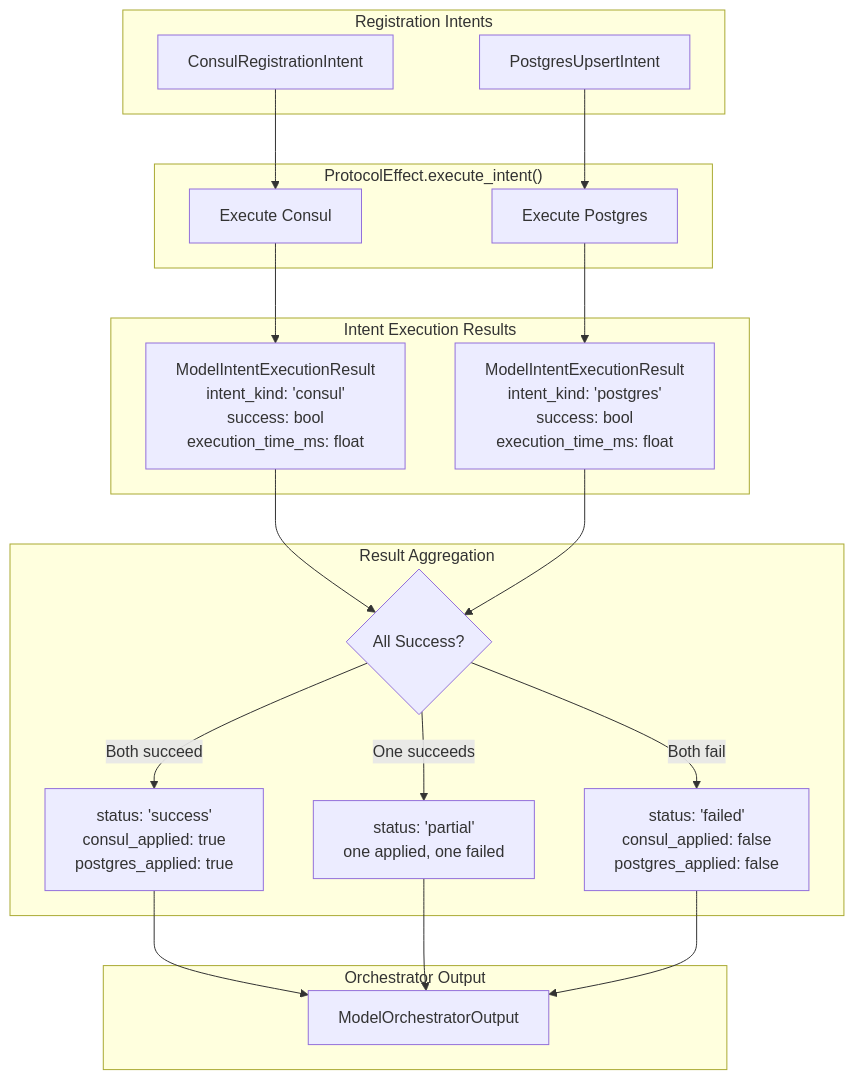
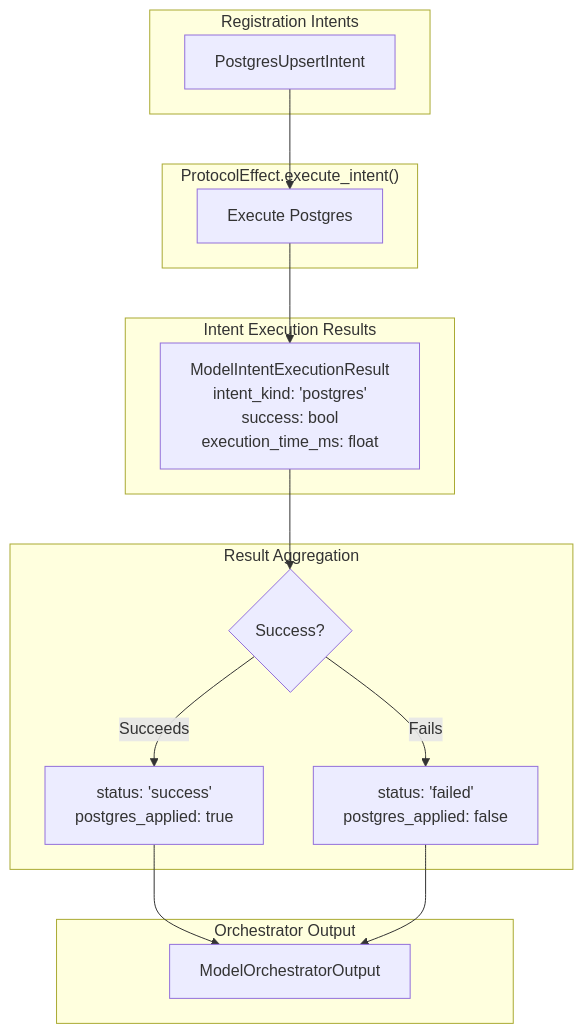
Before and after one commit to OmniNode-ai/omnibase_infra: the fifth of 7 diagrams in src/omnibase_infra/nodes/node_registration_orchestrator/README.md, drawn with Mermaid. The commit also changed other lines of this file and 7 other files, not shown here.

````diff
--- a/src/omnibase_infra/nodes/node_registration_orchestrator/README.md
+++ b/src/omnibase_infra/nodes/node_registration_orchestrator/README.md
@@ -197,43 +186,34 @@
 ```mermaid
 flowchart TB
     subgraph Intents["Registration Intents"]
-        CI[ConsulRegistrationIntent]
         PI[PostgresUpsertIntent]
     end
 
     subgraph Effect["ProtocolEffect.execute_intent()"]
-        CE[Execute Consul]
         PE[Execute Postgres]
     end
 
     subgraph Results["Intent Execution Results"]
-        CR["ModelIntentExecutionResult<br/>intent_kind: 'consul'<br/>success: bool<br/>execution_time_ms: float"]
         PR["ModelIntentExecutionResult<br/>intent_kind: 'postgres'<br/>success: bool<br/>execution_time_ms: float"]
     end
 
     subgraph Aggregation["Result Aggregation"]
-        AGG{All Success?}
-        SUCCESS["status: 'success'<br/>consul_applied: true<br/>postgres_applied: true"]
-        PARTIAL["status: 'partial'<br/>one applied, one failed"]
-        FAILED["status: 'failed'<br/>consul_applied: false<br/>postgres_applied: false"]
+        AGG{Success?}
+        SUCCESS["status: 'success'<br/>postgres_applied: true"]
+        FAILED["status: 'failed'<br/>postgres_applied: false"]
     end
 
     subgraph Output["Orchestrator Output"]
         OUT[ModelOrchestratorOutput]
     end
 
-    CI --> CE
     PI --> PE
-    CE --> CR
     PE --> PR
-    CR --> AGG
     PR --> AGG
 
-    AGG -->|Both succeed| SUCCESS
-    AGG -->|One succeeds| PARTIAL
-    AGG -->|Both fail| FAILED
+    AGG -->|Succeeds| SUCCESS
+    AGG -->|Fails| FAILED
 
     SUCCESS --> OUT
-    PARTIAL --> OUT
     FAILED --> OUT
 ```
````
